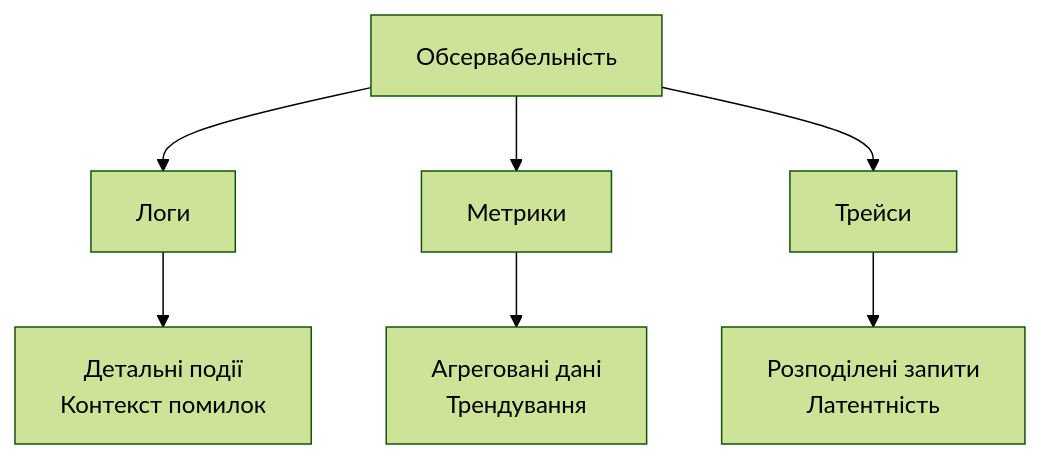
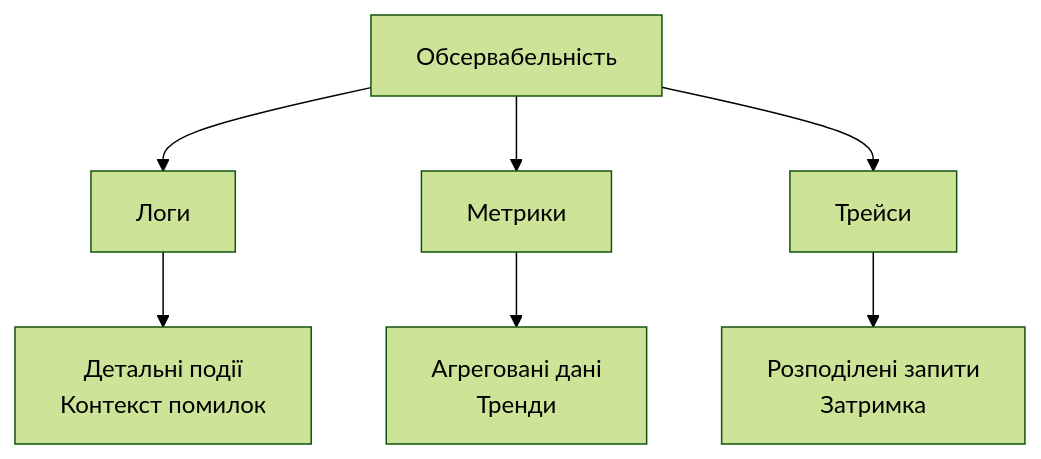
Before and after one commit to olroi421/course-opi-v2: the sixth of 11 diagrams in lectures/lecture-13.md, drawn with Mermaid (forest theme). The commit also changed other lines of this file and 9 other files, not shown here.

````diff
--- a/lectures/lecture-13.md
+++ b/lectures/lecture-13.md
@@ -204,10 +246,10 @@
 ```mermaid
 graph TB
     A[Обсервабельність] --> B[Логи]
     A --> C[Метрики]
     A --> D[Трейси]
 
     B --> E[Детальні події<br/>Контекст помилок]
-    C --> F[Агреговані дані<br/>Трендування]
-    D --> G[Розподілені запити<br/>Латентність]
+    C --> F[Агреговані дані<br/>Тренди]
+    D --> G[Розподілені запити<br/>Затримка]
 ```
````
